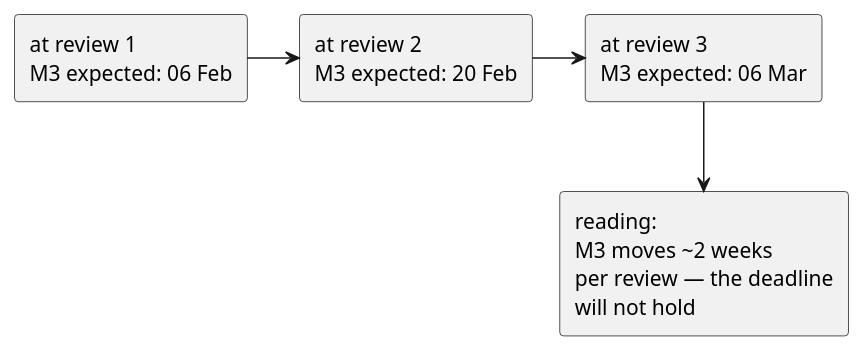
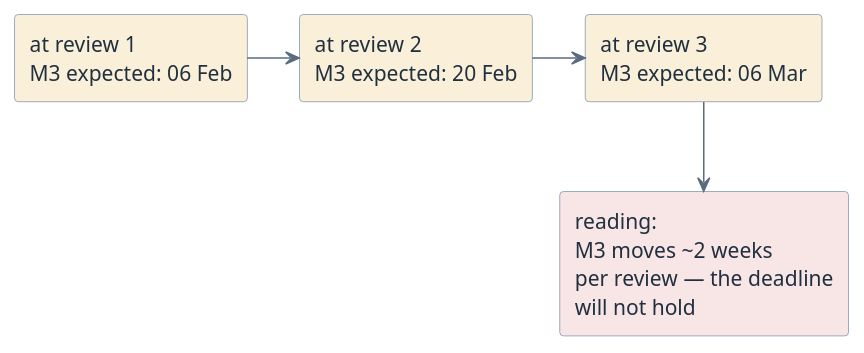
Before and after one commit to htl-leonding-college/curriculum-syp3: the second of 2 diagrams in modules/governance-milestones/index.adoc, drawn with PlantUML. The commit also changed other lines of this file and 65 other files, not shown here.

First line of the commit message:
feat(site): give the diagrams a semantic pastel palette

```diff
--- a/modules/governance-milestones/index.adoc
+++ b/modules/governance-milestones/index.adoc
@@ -137,17 +139,19 @@
 [plantuml,milestone-trend,svg]
 ----
 @startuml
-skinparam monochrome true
+<style>
+element { BackgroundColor #EDF3FA; LineColor #7C93AD; FontColor #21303F }
+arrow { LineColor #5A6B7D; FontColor #21303F }
+</style>
 skinparam shadowing false
 skinparam defaultFontName Helvetica
 
-rectangle "at review 1\nM3 expected: 06 Feb" as R1
-rectangle "at review 2\nM3 expected: 20 Feb" as R2
-rectangle "at review 3\nM3 expected: 06 Mar" as R3
-rectangle "reading:\nM3 moves ~2 weeks\nper review — the deadline\nwill not hold" as X
-
+rectangle "at review 1\nM3 expected: 06 Feb" as R1 #FAF0D9
+rectangle "at review 2\nM3 expected: 20 Feb" as R2 #FAF0D9
+rectangle "at review 3\nM3 expected: 06 Mar" as R3 #FAF0D9
+rectangle "reading:\nM3 moves ~2 weeks\nper review — the deadline\nwill not hold" as X #F8E5E5
 R1 -right-> R2
 R2 -right-> R3
 R3 -down-> X
 @enduml
 ----
```
